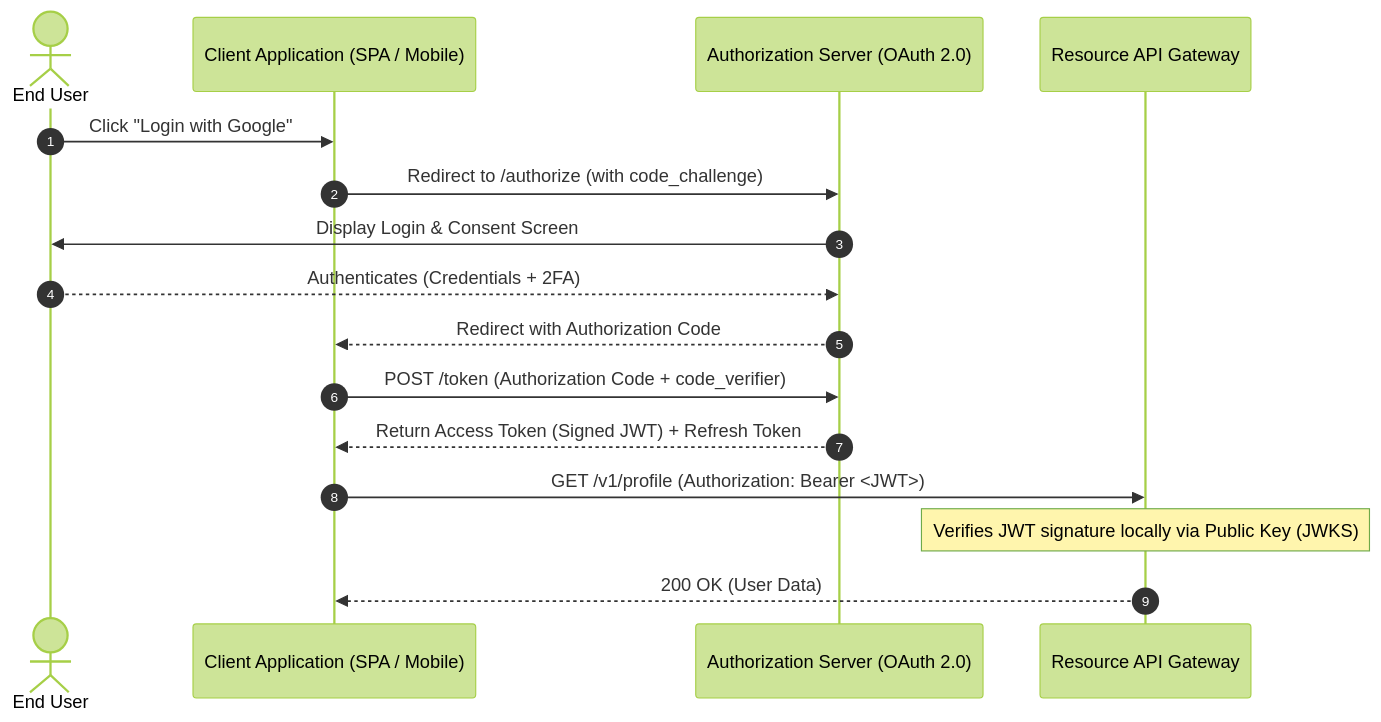
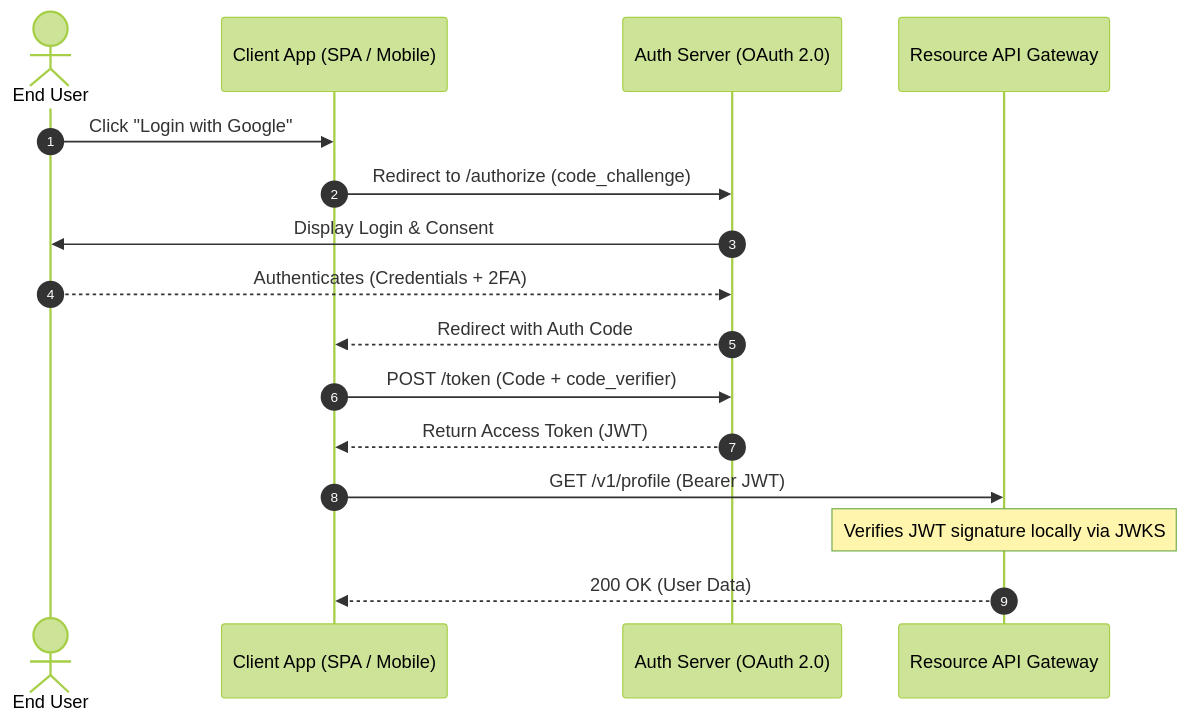
Before and after one commit to Sourav108/strivers-lld: the second of 4 diagrams in strivers-hld/11-Security-and-Compliance/README.md, drawn with Mermaid (forest theme). The commit also changed other lines of this file and 39 other files, not shown here.

Commit message:
fix(mermaid): wrap node labels, simplify diamonds, and reformat wide diagrams for perfect GitHub rendering

````diff
--- a/strivers-hld/11-Security-and-Compliance/README.md
+++ b/strivers-hld/11-Security-and-Compliance/README.md
@@ -16,19 +16,19 @@
 ```mermaid
 sequenceDiagram
     autonumber
     actor User as End User
-    participant App as Client Application (SPA / Mobile)
-    participant Auth0 as Authorization Server (OAuth 2.0)
+    participant App as Client App (SPA / Mobile)
+    participant Auth0 as Auth Server (OAuth 2.0)
     participant API as Resource API Gateway
 
     User->>App: Click "Login with Google"
-    App->>Auth0: Redirect to /authorize (with code_challenge)
-    Auth0->>User: Display Login & Consent Screen
+    App->>Auth0: Redirect to /authorize (code_challenge)
+    Auth0->>User: Display Login & Consent
     User-->>Auth0: Authenticates (Credentials + 2FA)
-    Auth0-->>App: Redirect with Authorization Code
-    App->>Auth0: POST /token (Authorization Code + code_verifier)
-    Auth0-->>App: Return Access Token (Signed JWT) + Refresh Token
-    App->>API: GET /v1/profile (Authorization: Bearer <JWT>)
-    Note over API: Verifies JWT signature locally via Public Key (JWKS)
+    Auth0-->>App: Redirect with Auth Code
+    App->>Auth0: POST /token (Code + code_verifier)
+    Auth0-->>App: Return Access Token (JWT)
+    App->>API: GET /v1/profile (Bearer JWT)
+    Note over API: Verifies JWT signature locally via JWKS
     API-->>App: 200 OK (User Data)
 ```
````
